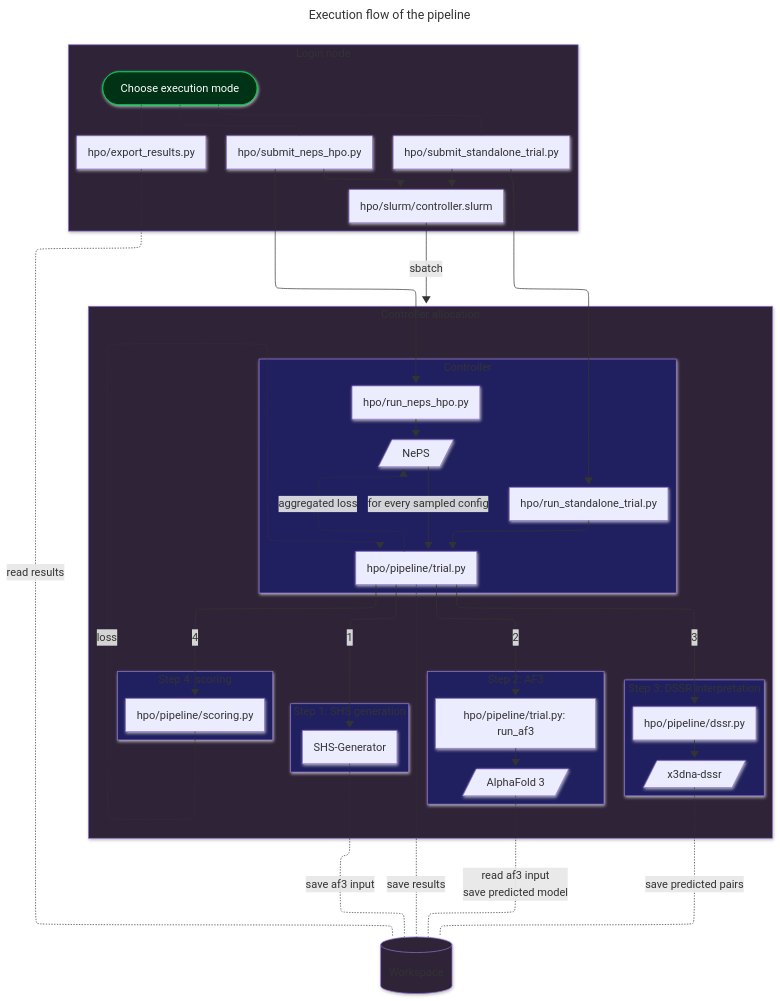
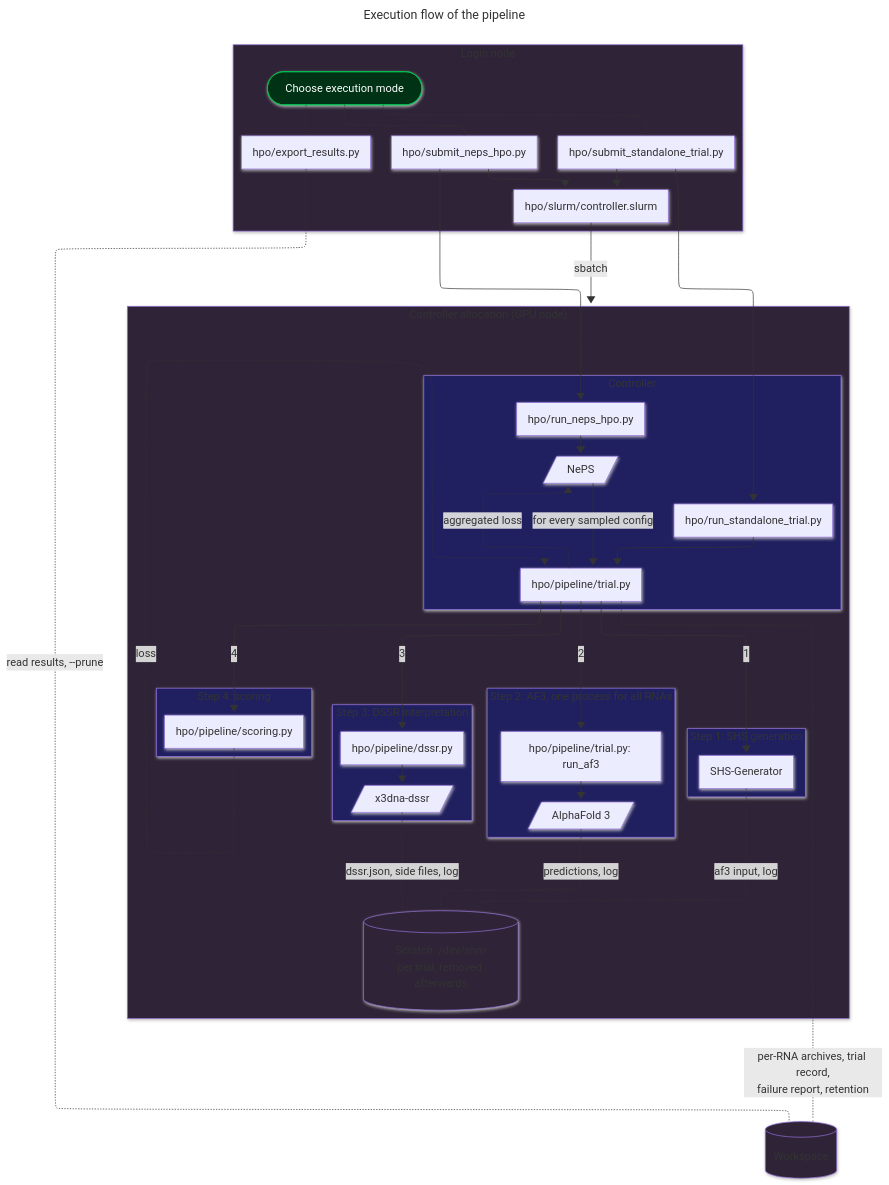
The diagram in hpo/docs/pipeline_flow.mmd (automl/SyntheticEvolution), drawn with Mermaid before and after one commit. The commit also changed 2 other files, not shown here.

Commit message:
docs(hpo): describe the reworked storage layout, flow and export
- storage_layout.md: per-RNA archives, trial records, scratch, retention,
  failure files and the export layout
- pipeline_flow.mmd: tools work in scratch, one AF3 process per trial,
  only the trial writes to the workspace
- INPUT_CONTRACT.md: derived SHS files, optional errors/ and archives,
  the manifest's failures block

```diff
--- a/hpo/docs/pipeline_flow.mmd
+++ b/hpo/docs/pipeline_flow.mmd
@@ -1,89 +1,92 @@
 ---
 title: Execution flow of the pipeline
 config:
     look: neo
     layout: elk
 ---
 flowchart TD
 
 subgraph LoginNode["Login node"]
     User(["Choose execution mode"])
     SubmitStandalone["hpo/submit_standalone_trial.py"]
     SubmitNeps["hpo/submit_neps_hpo.py"]
     Slurm["hpo/slurm/controller.slurm"]
     Export["hpo/export_results.py"]
 end
 
-subgraph CpuNode["Controller allocation"]
+subgraph CpuNode["Controller allocation (GPU node)"]
 
     subgraph StepController["Controller"]
         Trial["hpo/pipeline/trial.py"]
         RunStandalone["hpo/run_standalone_trial.py"]
         RunNeps["hpo/run_neps_hpo.py"]
         NePS[/"NePS"/]
     end
 
     subgraph Step1["Step 1: SHS generation"]
         SHSGenerator["SHS-Generator"]
     end
 
-    subgraph Step2["Step 2: AF3"]
+    subgraph Step2["Step 2: AF3, one process for all RNAs"]
         AF3Task["hpo/pipeline/trial.py: run_af3"]
         AF3[/"AlphaFold 3"/]
     end
 
     subgraph Step3["Step 3: DSSR interpretation"]
         DSSR["hpo/pipeline/dssr.py"]
         DSSRTool[/"x3dna-dssr"/]
     end
 
     subgraph Step4["Step 4: scoring"]
         Scoring["hpo/pipeline/scoring.py"]
     end
+
+    Scratch[("Scratch: /dev/shm\nper trial, removed afterwards")]
 
 end
 
 Workspace[("Workspace")]
 
 %% Three login-node execution paths.
 User -.- SubmitStandalone & SubmitNeps & Export
 SubmitNeps --> RunNeps & Slurm
 SubmitStandalone --> RunStandalone & Slurm
 Slurm --"sbatch"--> CpuNode
 
 %% Controller startup and trial ownership.
 RunStandalone --> Trial
 RunNeps --> NePS --"for every sampled config"--> Trial
 Trial -."aggregated loss".-> NePS
 
 %% trial.py executes the four stages in order.
 Trial --"1"--> SHSGenerator 
 Trial --"2"--> AF3Task
 Trial --"3"--> DSSR 
 Trial --"4"--> Scoring
 %% Step 1
 %% Step 2
 AF3Task --> AF3
 %% Step 3
 DSSR --> DSSRTool
 %% Step 4
 Scoring -."loss".-> Trial
 
-%% Workspace access 
-SHSGenerator -."save af3 input".- Workspace
-Trial -."save results".- Workspace
-AF3 -."read af3 input\n save predicted model".- Workspace
-DSSRTool -."save predicted pairs".- Workspace
-Export -."read results".- Workspace
+%% Tools work in scratch; only the trial writes to the workspace.
+SHSGenerator -."af3 input, log".- Scratch
+AF3 -."predictions, log".- Scratch
+DSSRTool -."dssr.json, side files, log".- Scratch
+Trial -."per-RNA archives, trial record,\nfailure report, retention".- Workspace
+Export -."read results, --prune".- Workspace
 
 style User color:#FFFFFF, stroke:#00C853, fill:#003215
 
 style CpuNode fill:#2f2437
 style LoginNode fill:#2f2437
 style Workspace fill:#2f2437
+style Scratch fill:#2f2437
 
 style StepController fill:#202060
 style Step1 fill:#202060
 style Step2 fill:#202060
 style Step3 fill:#202060
 style Step4 fill:#202060
```
